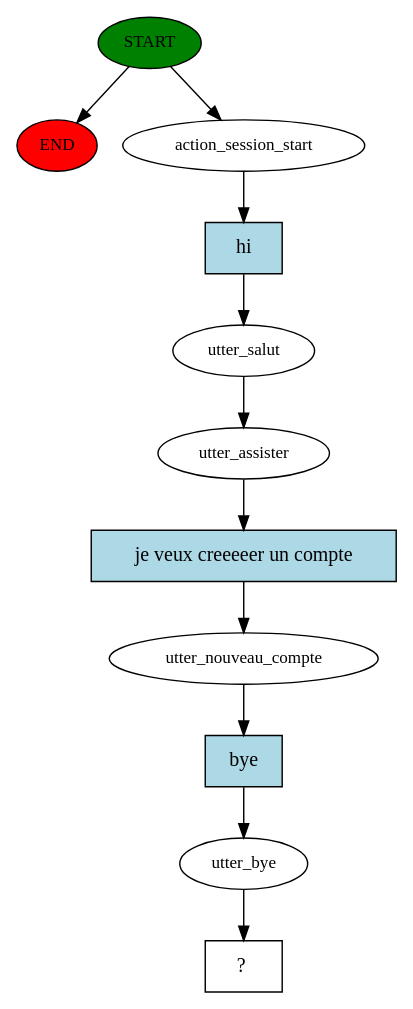
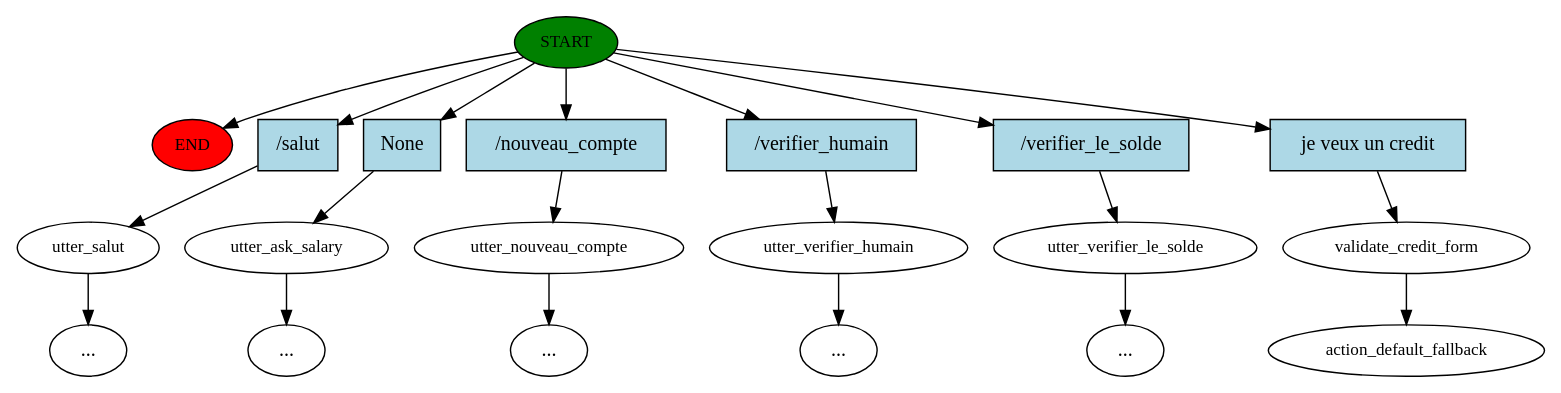
The diagram in story_graph.dot (2nour/PI-Rasa-chatbot), drawn with Graphviz before and after one commit. The commit also changed 10 other files, not shown here.

```diff
--- a/story_graph.dot
+++ b/story_graph.dot
@@ -1,23 +1,41 @@
 digraph  {
 0 [class="start active", fillcolor=green, fontsize=12, label=START, style=filled];
 "-1" [class=end, fillcolor=red, fontsize=12, label=END, style=filled];
-1 [class=active, fontsize=12, label=action_session_start];
-2 [class=active, fontsize=12, label=utter_salut];
-3 [class=active, fontsize=12, label=utter_assister];
-4 [class=active, fontsize=12, label=utter_nouveau_compte];
-5 [class=active, fontsize=12, label=utter_bye];
-6 [class="intent dashed active", label="  ?  ", shape=rect];
-7 [class="intent active", fillcolor=lightblue, label=hi, shape=rect, style=filled];
-8 [class="intent active", fillcolor=lightblue, label="je veux creeeeer un compte", shape=rect, style=filled];
-9 [class="intent active", fillcolor=lightblue, label=bye, shape=rect, style=filled];
+1 [class="", fontsize=12, label=utter_salut];
+3 [class="", fontsize=12, label=utter_ask_salary];
+"-6" [class=ellipsis, label="..."];
+6 [class="", fontsize=12, label=utter_nouveau_compte];
+"-8" [class=ellipsis, label="..."];
+8 [class="", fontsize=12, label=utter_verifier_humain];
+"-10" [class=ellipsis, label="..."];
+"-11" [class=ellipsis, label="..."];
+10 [class="", fontsize=12, label=utter_verifier_le_solde];
+"-12" [class=ellipsis, label="..."];
+11 [class=active, fontsize=12, label=validate_credit_form];
+12 [class="dashed active", fontsize=12, label=action_default_fallback];
+13 [class=intent, fillcolor=lightblue, label="/salut", shape=rect, style=filled];
+14 [class=intent, fillcolor=lightblue, label=None, shape=rect, style=filled];
+15 [class=intent, fillcolor=lightblue, label="/nouveau_compte", shape=rect, style=filled];
+16 [class=intent, fillcolor=lightblue, label="/verifier_humain", shape=rect, style=filled];
+17 [class=intent, fillcolor=lightblue, label="/verifier_le_solde", shape=rect, style=filled];
+18 [class="intent active", fillcolor=lightblue, label="je veux un credit", shape=rect, style=filled];
 0 -> "-1"  [class="", key=NONE, label=""];
-0 -> 1  [class=active, key=NONE, label=""];
-1 -> 7  [class=active, key=0];
-2 -> 3  [class=active, key=NONE, label=""];
-3 -> 8  [class=active, key=0];
-4 -> 9  [class=active, key=0];
-5 -> 6  [class=active, key=NONE, label=""];
-7 -> 2  [class=active, key=0];
-8 -> 4  [class=active, key=0];
-9 -> 5  [class=active, key=0];
+0 -> 13  [class="", key=0];
+0 -> 14  [class="", key=0];
+0 -> 15  [class="", key=0];
+0 -> 16  [class="", key=0];
+0 -> 17  [class="", key=0];
+0 -> 18  [class=active, key=0];
+1 -> "-11"  [class="", key=NONE, label=""];
+3 -> "-6"  [class="", key=NONE, label=""];
+6 -> "-8"  [class="", key=NONE, label=""];
+8 -> "-10"  [class="", key=NONE, label=""];
+10 -> "-12"  [class="", key=NONE, label=""];
+11 -> 12  [class=active, key=NONE, label=""];
+13 -> 1  [class="", key=0];
+14 -> 3  [class="", key=0];
+15 -> 6  [class="", key=0];
+16 -> 8  [class="", key=0];
+17 -> 10  [class="", key=0];
+18 -> 11  [class=active, key=0];
 }
```
